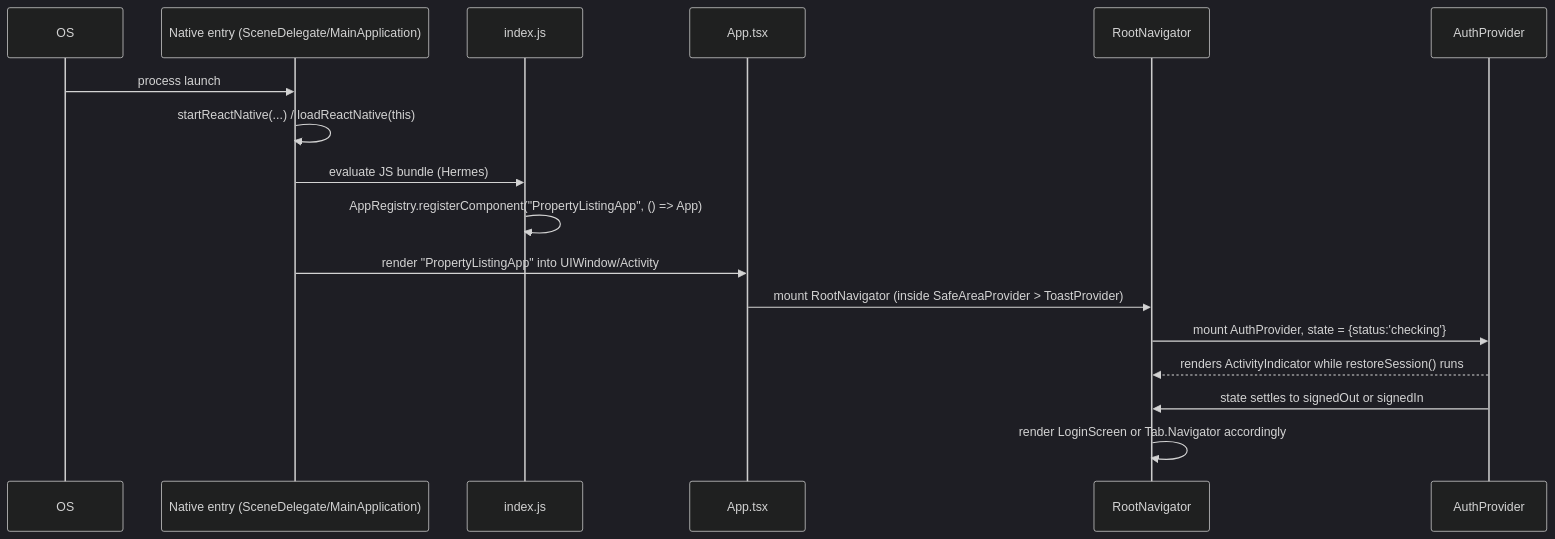
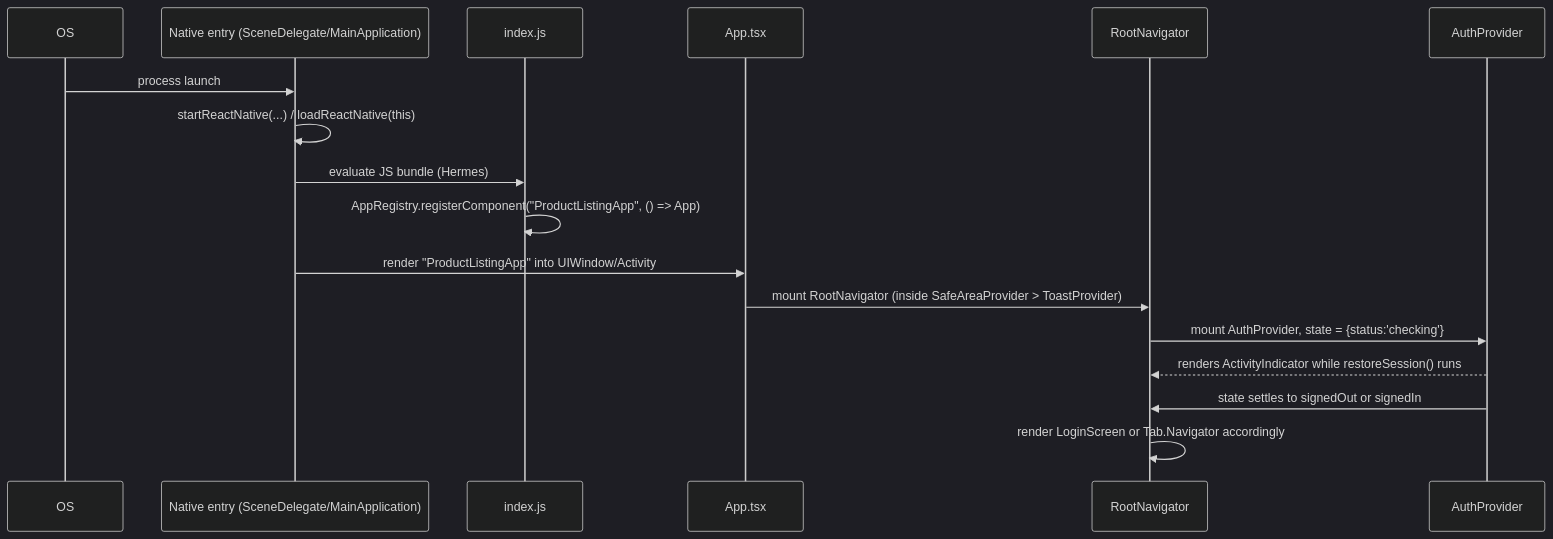
Before and after one commit to princesojitra/product-listing-app: the fifth of 7 diagrams in docs/REACT_NATIVE_ARCHITECTURE_GUIDE.md, drawn with Mermaid (dark theme). The commit also changed other lines of this file and 38 other files, not shown here.

First line of the commit message:
chore: rename PropertyListingApp to ProductListingApp

````diff
--- a/docs/REACT_NATIVE_ARCHITECTURE_GUIDE.md
+++ b/docs/REACT_NATIVE_ARCHITECTURE_GUIDE.md
@@ -836,20 +836,20 @@
 ```mermaid
 sequenceDiagram
     participant OS
     participant Native as Native entry (SceneDelegate/MainApplication)
     participant Index as index.js
     participant App as App.tsx
     participant Root as RootNavigator
     participant Auth as AuthProvider
 
     OS->>Native: process launch
     Native->>Native: startReactNative(...) / loadReactNative(this)
     Native->>Index: evaluate JS bundle (Hermes)
-    Index->>Index: AppRegistry.registerComponent("PropertyListingApp", () => App)
-    Native->>App: render "PropertyListingApp" into UIWindow/Activity
+    Index->>Index: AppRegistry.registerComponent("ProductListingApp", () => App)
+    Native->>App: render "ProductListingApp" into UIWindow/Activity
     App->>Root: mount RootNavigator (inside SafeAreaProvider > ToastProvider)
     Root->>Auth: mount AuthProvider, state = {status:'checking'}
     Auth-->>Root: renders ActivityIndicator while restoreSession() runs
     Auth->>Root: state settles to signedOut or signedIn
     Root->>Root: render LoginScreen or Tab.Navigator accordingly
 ```
````
